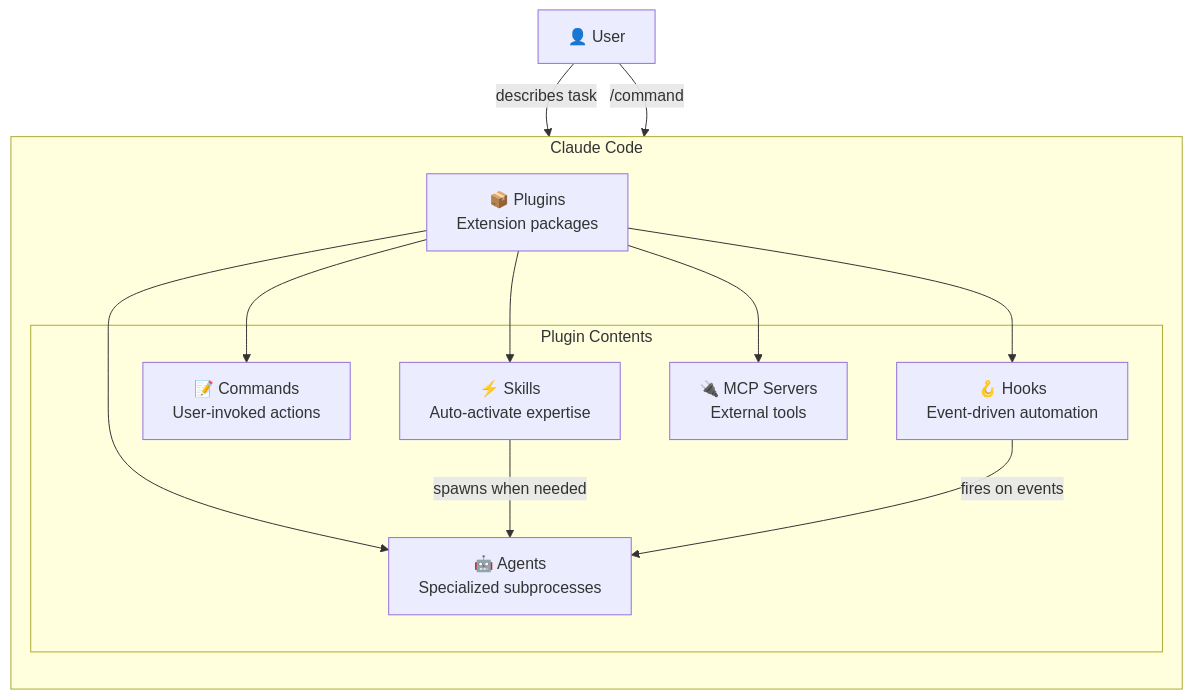
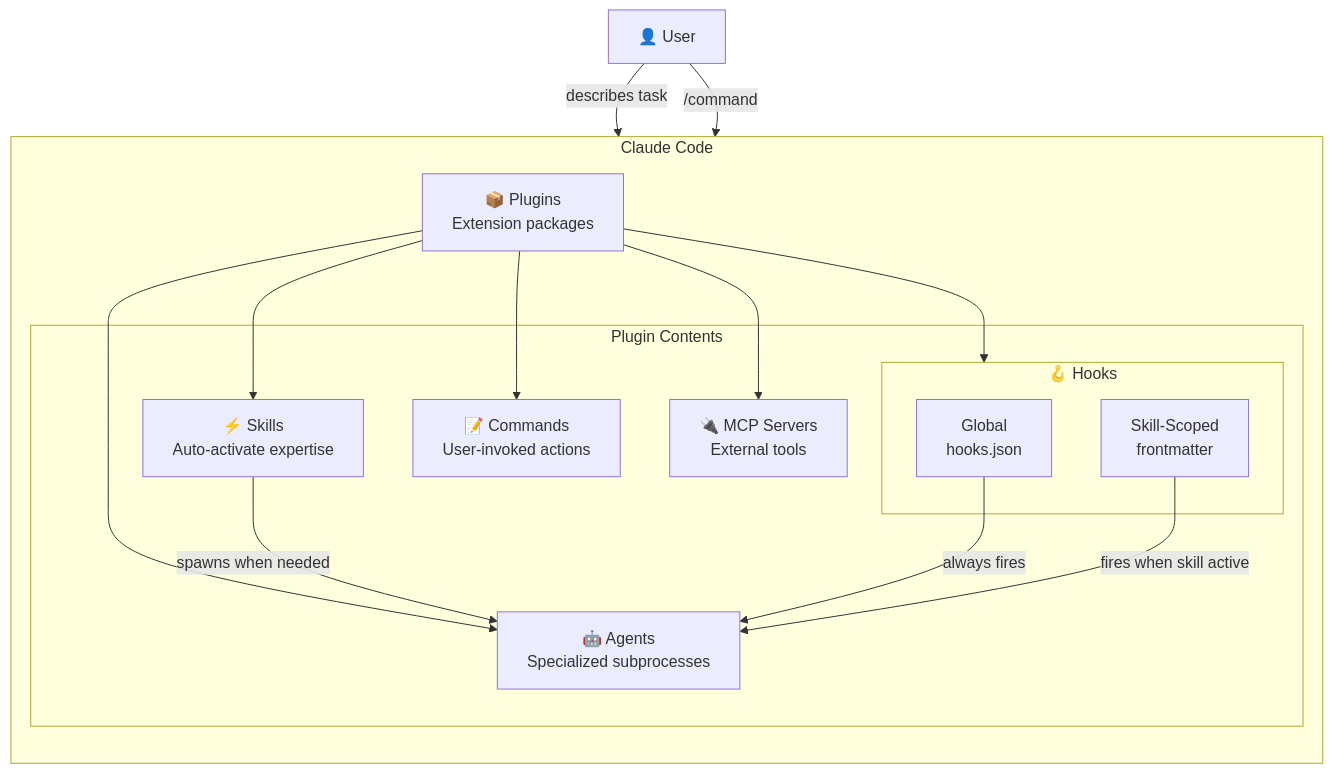
One commit to anton-abyzov/specweave changed the diagram in docs-site/docs/overview/claude-code-architecture.md. Above: the diagram before and after it, drawn with Mermaid. The commit also changed other lines of this file and 19 other files, not shown here.

First line of the commit message:
docs: update architecture diagrams, hooks, and skills

````diff
--- a/docs-site/docs/overview/claude-code-architecture.md
+++ b/docs-site/docs/overview/claude-code-architecture.md
@@ -31,26 +31,30 @@
 ```mermaid
 flowchart TB
     subgraph Claude Code
         direction TB
         PLUGIN[📦 Plugins<br/>Extension packages]
 
         subgraph "Plugin Contents"
             SKILLS[⚡ Skills<br/>Auto-activate expertise]
             AGENTS[🤖 Agents<br/>Specialized subprocesses]
             COMMANDS[📝 Commands<br/>User-invoked actions]
-            HOOKS[🪝 Hooks<br/>Event-driven automation]
+            subgraph HOOKS_BOX[🪝 Hooks]
+                GLOBAL[Global<br/>hooks.json]
+                SCOPED[Skill-Scoped<br/>frontmatter]
+            end
             MCP[🔌 MCP Servers<br/>External tools]
         end
 
         PLUGIN --> SKILLS
         PLUGIN --> AGENTS
         PLUGIN --> COMMANDS
-        PLUGIN --> HOOKS
+        PLUGIN --> HOOKS_BOX
         PLUGIN --> MCP
     end
 
     USER[👤 User] -->|"describes task"| SKILLS
     USER -->|"/command"| COMMANDS
     SKILLS -->|"spawns when needed"| AGENTS
-    HOOKS -->|"fires on events"| AGENTS
+    GLOBAL -->|"always fires"| AGENTS
+    SCOPED -->|"fires when skill active"| AGENTS
 ```
````
